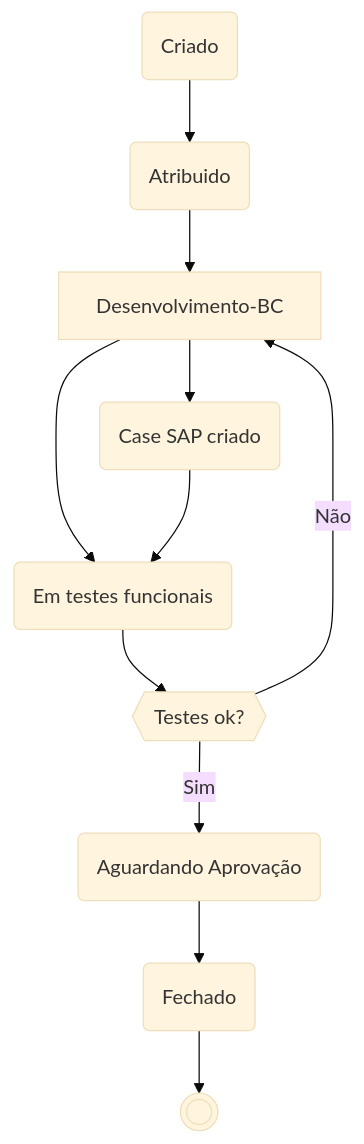
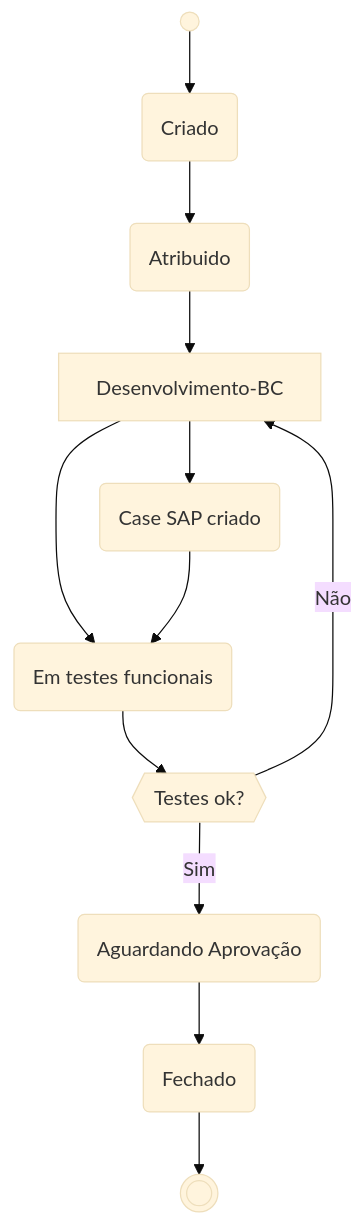
The third of 3 diagrams in README.md (edmilson-nascimento/Quermesse), drawn with Mermaid (base theme) before and after one commit.

````diff
--- a/README.md
+++ b/README.md
@@ -118,15 +118,15 @@
 ```mermaid
 flowchart TD
-
+    start((" ")) --> Q1
     Q1(Criado) --> Q2(Atribuido)
     Q2 --> Desenvolvimento-BC
     Desenvolvimento-BC --> Q4(Em testes funcionais)
 
     Q4 --> QQ{{Testes ok?}}
     QQ -- Sim --> Q5(Aguardando Aprovação)
     QQ -- Não --> Desenvolvimento-BC
     Desenvolvimento-BC --> Q6(Case SAP criado)
     Q6 --> Q4
     Q5 --> Q9(Fechado)
     Q9 --> End(((" ")))
 ```
````
